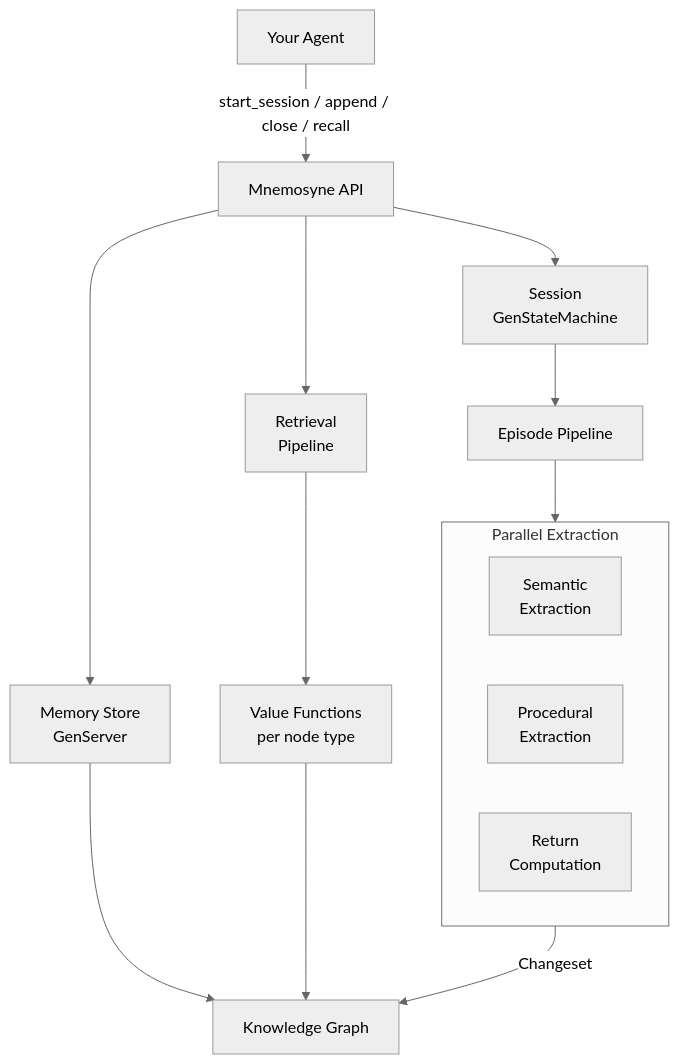
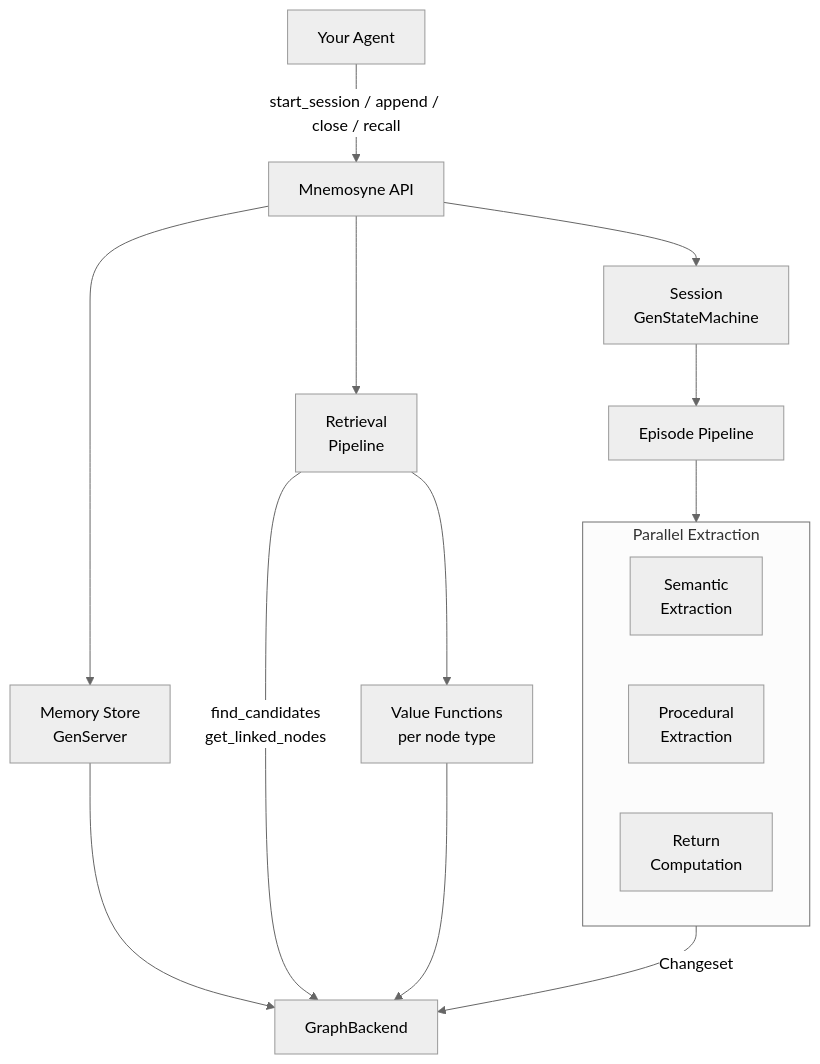
The first of 2 diagrams in README.md (edlontech/mnemosyne), drawn with Mermaid (neutral theme) before and after one commit. The commit also changed other lines of this file and 19 other files, not shown here.

Commit message:
refactor: introduce GraphBackend abstraction for pluggable storage

````diff
--- a/README.md
+++ b/README.md
@@ -54,23 +54,24 @@
 ```mermaid
 graph TD
     Agent[Your Agent] -->|start_session / append / close / recall| API[Mnemosyne API]
 
     API --> Session[Session\nGenStateMachine]
     API --> Store[Memory Store\nGenServer]
     API --> Retrieval[Retrieval\nPipeline]
 
     Session --> Episode[Episode Pipeline]
-    Store --> Graph[Knowledge Graph]
+    Store --> Backend[GraphBackend]
     Retrieval --> VF[Value Functions\nper node type]
+    Retrieval -->|find_candidates\nget_linked_nodes| Backend
 
     Episode --> Structuring
 
     subgraph Structuring [Parallel Extraction]
         Semantic[Semantic\nExtraction]
         Procedural[Procedural\nExtraction]
         Returns[Return\nComputation]
     end
 
-    Structuring -->|Changeset| Graph
-    VF --> Graph
+    Structuring -->|Changeset| Backend
+    VF --> Backend
 ```
````
